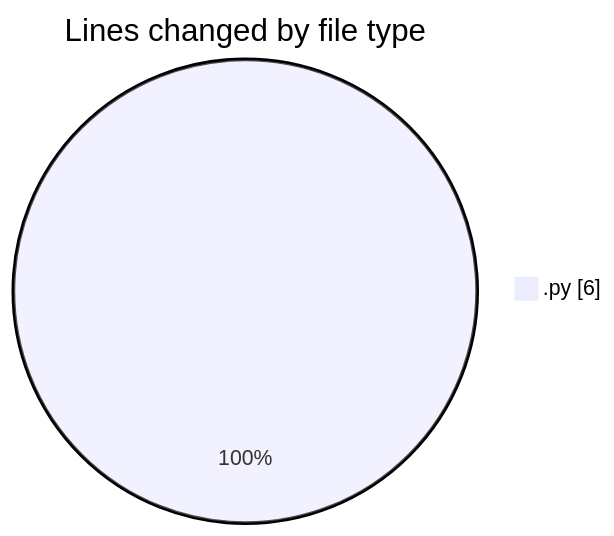
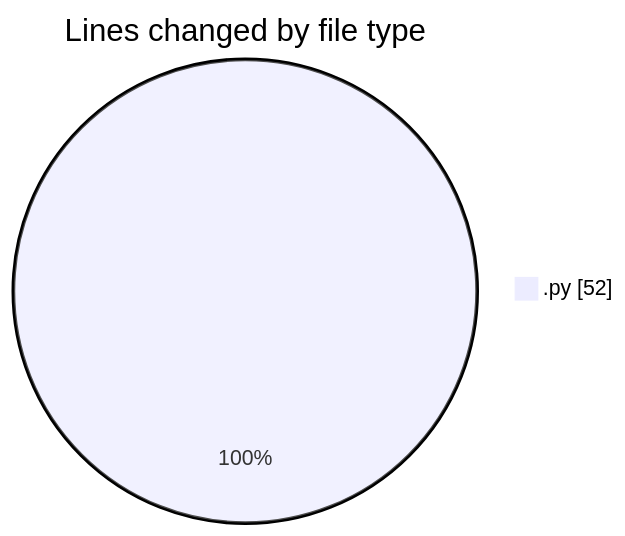
One commit to momahboobian/code-tracking changed the first of 2 diagrams in 2025-02-22/samplepdf/README.md. Above: the diagram before and after it, drawn with Mermaid. The commit also changed other lines of this file and 1 other file, not shown here.

````diff
--- a/2025-02-22/samplepdf/README.md
+++ b/2025-02-22/samplepdf/README.md
@@ -20,5 +20,5 @@
 ```mermaid
 pie showData
 title Lines changed by file type
-".py" : 6
+".py" : 52
 ```
````
